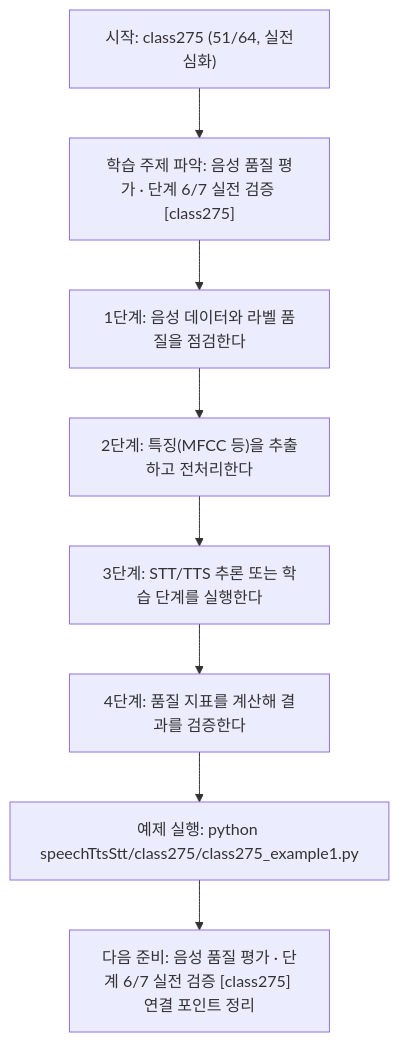
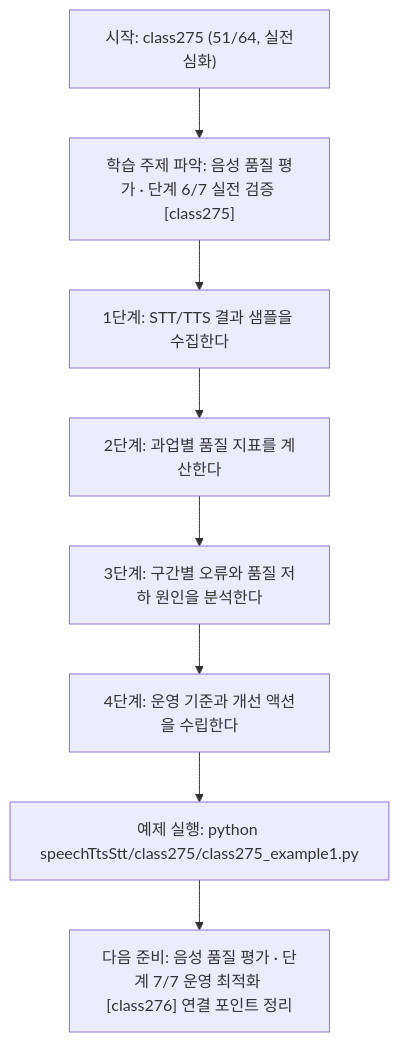
The diagram in speechTtsStt/class275/class275.md (edumgt/Python-AI_Agent-Class), drawn with Mermaid before and after one commit. The commit also changed other lines of this file and 1122 other files, not shown here.

````diff
--- a/speechTtsStt/class275/class275.md
+++ b/speechTtsStt/class275/class275.md
@@ -114,18 +95,18 @@
 ```mermaid
 flowchart TD
 N1["시작: class275 (51/64, 실전심화)"]
 N2["학습 주제 파악: 음성 품질 평가 · 단계 6/7 실전 검증 [class275]"]
-N3["1단계: 음성 데이터와 라벨 품질을 점검한다"]
-N4["2단계: 특징(MFCC 등)을 추출하고 전처리한다"]
-N5["3단계: STT/TTS 추론 또는 학습 단계를 실행한다"]
-N6["4단계: 품질 지표를 계산해 결과를 검증한다"]
+N3["1단계: STT/TTS 결과 샘플을 수집한다"]
+N4["2단계: 과업별 품질 지표를 계산한다"]
+N5["3단계: 구간별 오류와 품질 저하 원인을 분석한다"]
+N6["4단계: 운영 기준과 개선 액션을 수립한다"]
 N7["예제 실행: python speechTtsStt/class275/class275_example1.py"]
-N8["다음 준비: 음성 품질 평가 · 단계 6/7 실전 검증 [class275] 연결 포인트 정리"]
+N8["다음 준비: 음성 품질 평가 · 단계 7/7 운영 최적화 [class276] 연결 포인트 정리"]
 N1 --> N2
 N2 --> N3
 N3 --> N4
 N4 --> N5
 N5 --> N6
 N6 --> N7
 N7 --> N8
 ```
````
